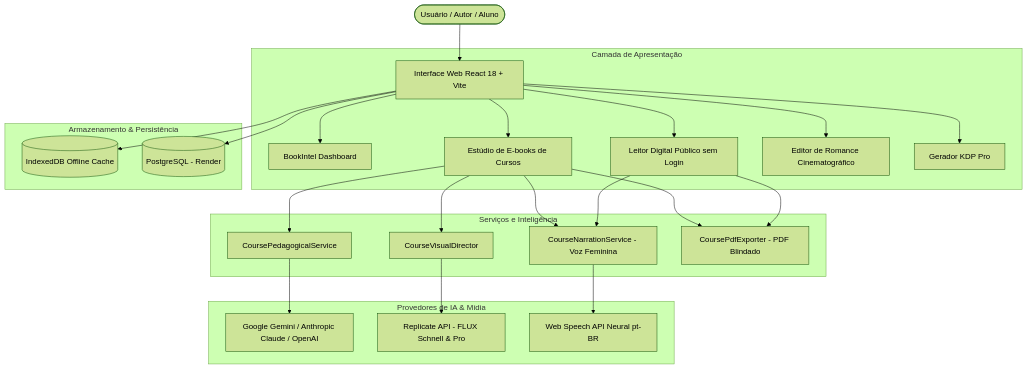
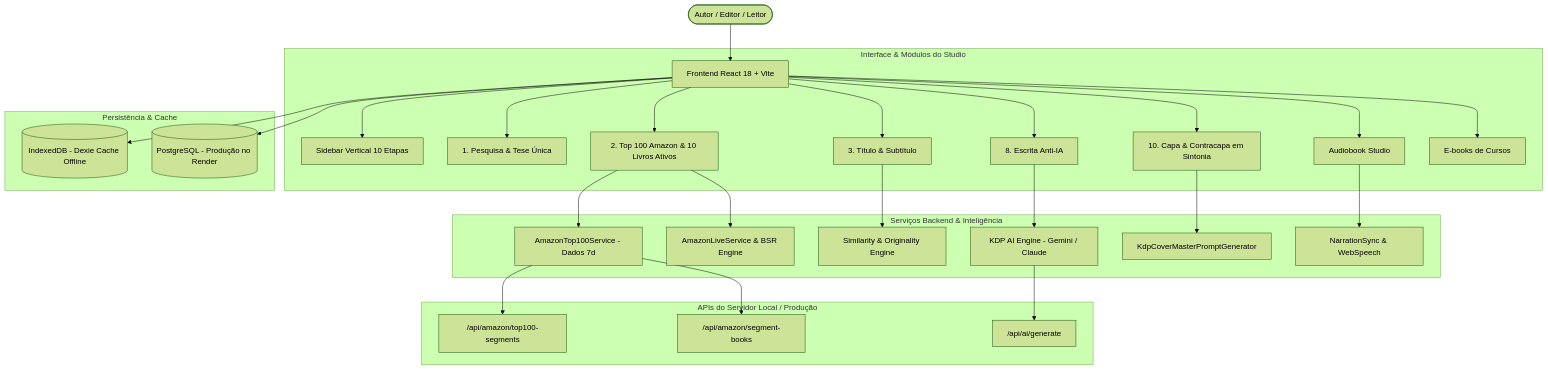
One commit to leopalmeira/criador-de-livros changed the first of 2 diagrams in README.md. Above: the diagram before and after it, drawn with Mermaid (forest theme). The commit also changed other lines of this file and 47 other files, not shown here.

Commit message:
feat: Top 100 segmentos Amazon (7 dias), pool dinamico de 10 livros, fluxo editorial 10 etapas e atualizacao completa do README

````diff
--- a/README.md
+++ b/README.md
@@ -80,32 +107,35 @@
 ```mermaid
 graph TD
-    User([Usuário / Autor / Aluno]) --> Frontend[Interface Web React 18 + Vite]
+    User([Autor / Editor / Leitor]) --> WebApp[Frontend React 18 + Vite]
     
-    subgraph "Camada de Apresentação"
-        Frontend --> Dashboard[BookIntel Dashboard]
-        Frontend --> CourseStudio[Estúdio de E-books de Cursos]
-        Frontend --> DigitalReader[Leitor Digital Público sem Login]
-        Frontend --> CinematicStudio[Editor de Romance Cinematográfico]
-        Frontend --> KdpGenerator[Gerador KDP Pro]
+    subgraph "Interface & Módulos do Studio"
+        WebApp --> NavVertical[Sidebar Vertical 10 Etapas]
+        WebApp --> Step1[1. Pesquisa & Tese Única]
+        WebApp --> Step2[2. Top 100 Amazon & 10 Livros Ativos]
+        WebApp --> Step3[3. Título & Subtítulo]
+        WebApp --> Step8[8. Escrita Anti-IA]
+        WebApp --> Step10[10. Capa & Contracapa em Sintonia]
+        WebApp --> AudiobookMod[Audiobook Studio]
+        WebApp --> CourseMod[E-books de Cursos]
     end
 
-    subgraph "Serviços e Inteligência"
-        CourseStudio --> Pedagogical[CoursePedagogicalService]
-        CourseStudio --> VisualDirector[CourseVisualDirector]
-        CourseStudio --> Narration[CourseNarrationService - Voz Feminina]
-        CourseStudio --> PdfExporter[CoursePdfExporter - PDF Blindado]
-        DigitalReader --> Narration
-        DigitalReader --> PdfExporter
+    subgraph "Serviços Backend & Inteligência"
+        Step2 --> AmazonTop100[AmazonTop100Service - Dados 7d]
+        Step2 --> AmazonLive[AmazonLiveService & BSR Engine]
+        Step3 --> SimEngine[Similarity & Originality Engine]
+        Step8 --> KdpEngine[KDP AI Engine - Gemini / Claude]
+        Step10 --> CoverGen[KdpCoverMasterPromptGenerator]
+        AudiobookMod --> AudioSync[NarrationSync & WebSpeech]
     end
 
-    subgraph "Provedores de IA & Mídia"
-        Pedagogical --> LLMs[Google Gemini / Anthropic Claude / OpenAI]
-        VisualDirector --> Replicate[Replicate API - FLUX Schnell & Pro]
-        Narration --> WebSpeech[Web Speech API Neural pt-BR]
+    subgraph "APIs do Servidor Local / Produção"
+        AmazonTop100 --> ApiTop100["/api/amazon/top100-segments"]
+        AmazonTop100 --> ApiBooks["/api/amazon/segment-books"]
+        KdpEngine --> ApiAi["/api/ai/generate"]
     end
 
-    subgraph "Armazenamento & Persistência"
-        Frontend --> LocalDB[(IndexedDB Offline Cache)]
-        Frontend --> PostgresDB[(PostgreSQL - Render)]
+    subgraph "Persistência & Cache"
+        WebApp --> LocalDB[(IndexedDB - Dexie Cache Offline)]
+        WebApp --> RemoteDB[(PostgreSQL - Produção no Render)]
     end
 ```
````
